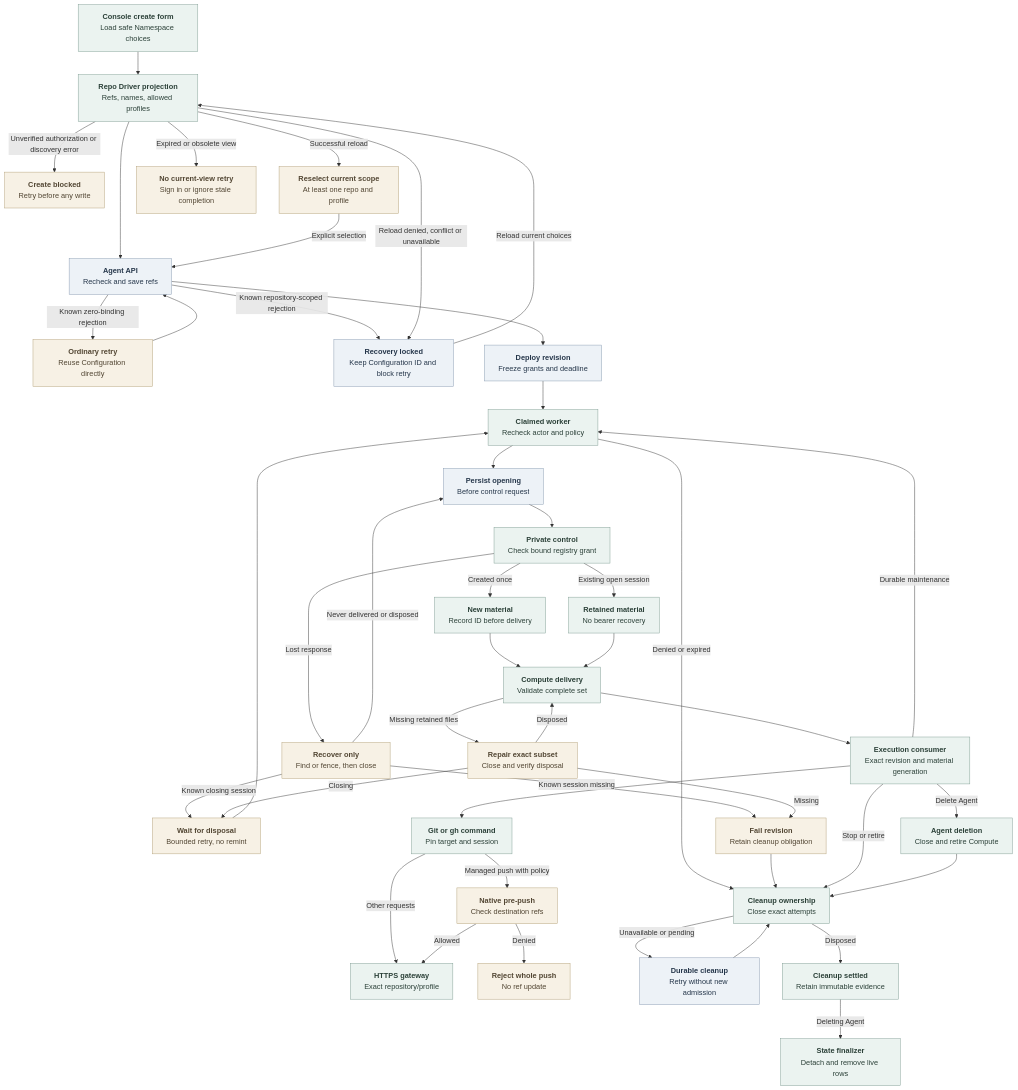
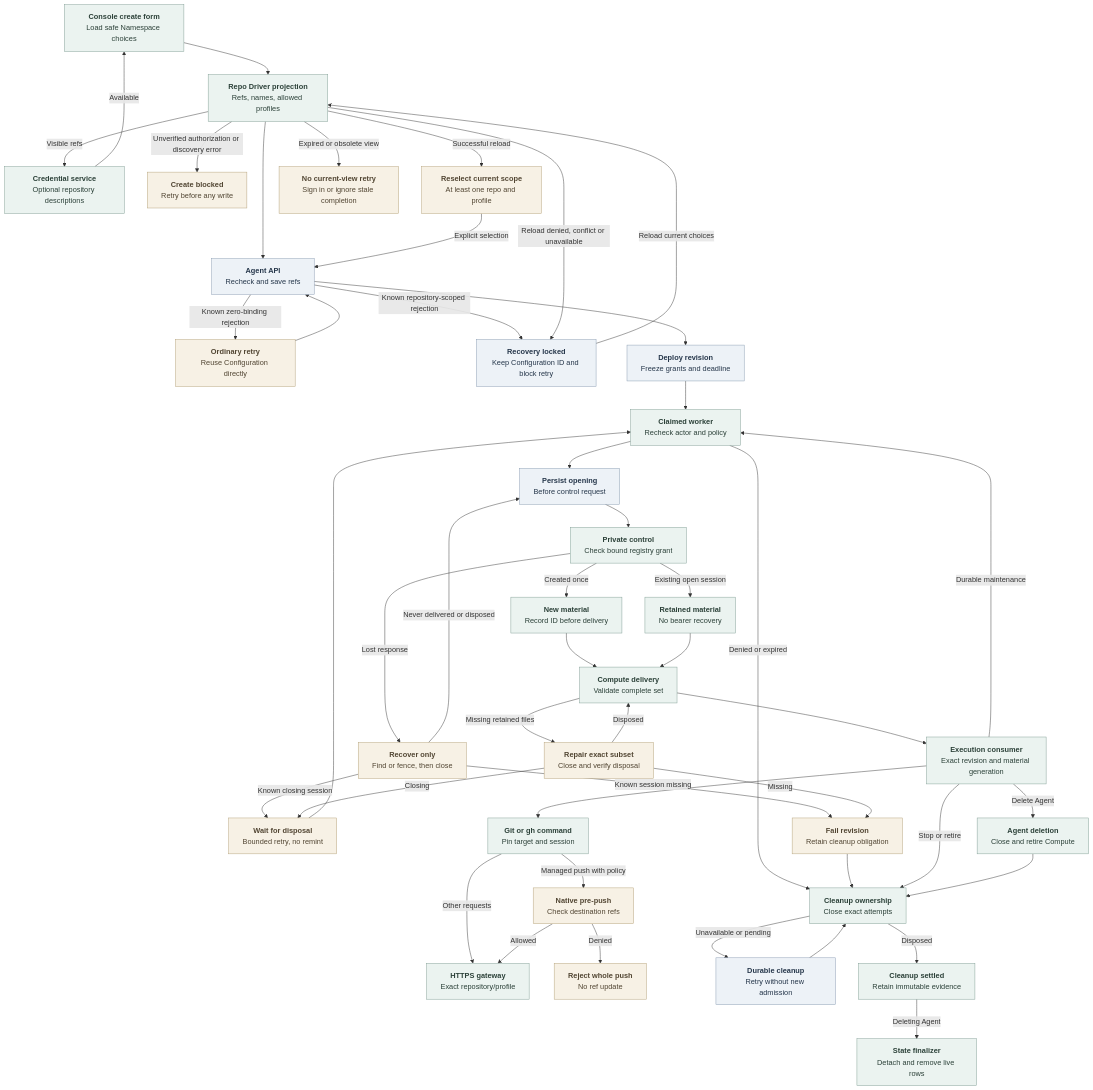
One commit to IsaiahStapleton/openclaw-enterprise changed the diagram in docs/flows/agent-repository-credentials.md. Above: the diagram before and after it, drawn with Mermaid. The commit also changed other lines of this file and 49 other files, not shown here.

````diff
--- a/docs/flows/agent-repository-credentials.md
+++ b/docs/flows/agent-repository-credentials.md
@@ -32,54 +32,56 @@
 ```mermaid
 graph TD
   Console["<b>Console create form</b><br/>Load safe Namespace choices"] --> Options["<b>Repo Driver projection</b><br/>Refs, names, allowed profiles"]
+  Options -->|Visible refs| Metadata["<b>Credential service</b><br/>Optional repository descriptions"]
+  Metadata -->|Available| Console
   Options --> API["<b>Agent API</b><br/>Recheck and save refs"]
   Options -->|Unverified authorization or discovery error| CreateBlocked["<b>Create blocked</b><br/>Retry before any write"]
   API -->|Known zero-binding rejection| OrdinaryRetry["<b>Ordinary retry</b><br/>Reuse Configuration directly"]
   OrdinaryRetry --> API
   API -->|Known repository-scoped rejection| FormLocked["<b>Recovery locked</b><br/>Keep Configuration ID and block retry"]
   FormLocked -->|Reload current choices| Options
   Options -->|Successful reload| Reselect["<b>Reselect current scope</b><br/>At least one repo and profile"]
   Reselect -->|Explicit selection| API
   Options -->|Reload denied, conflict or unavailable| FormLocked
   Options -->|Expired or obsolete view| ViewStop["<b>No current-view retry</b><br/>Sign in or ignore stale completion"]
   API --> Revision["<b>Deploy revision</b><br/>Freeze grants and deadline"]
   Revision --> Worker["<b>Claimed worker</b><br/>Recheck actor and policy"]
   Worker -->|Denied or expired| Close["<b>Cleanup ownership</b><br/>Close exact attempts"]
   Worker --> Attempt["<b>Persist opening</b><br/>Before control request"]
   Attempt --> Service["<b>Private control</b><br/>Check bound registry grant"]
   Service -->|Created once| New["<b>New material</b><br/>Record ID before delivery"]
   Service -->|Existing open session| Retained["<b>Retained material</b><br/>No bearer recovery"]
   Service -->|Lost response| Recover["<b>Recover only</b><br/>Find or fence, then close"]
   Recover -->|Never delivered or disposed| Attempt
   Recover -->|Known closing session| Wait["<b>Wait for disposal</b><br/>Bounded retry, no remint"]
   Wait --> Worker
   Recover -->|Known session missing| Refuse["<b>Fail revision</b><br/>Retain cleanup obligation"]
   New --> Compute["<b>Compute delivery</b><br/>Validate complete set"]
   Retained --> Compute
   Compute -->|Missing retained files| Repair["<b>Repair exact subset</b><br/>Close and verify disposal"]
   Repair -->|Disposed| Compute
   Repair -->|Closing| Wait
   Repair -->|Missing| Refuse
   Refuse --> Close
   Compute --> Pod["<b>Execution consumer</b><br/>Exact revision and material generation"]
   Pod --> Command["<b>Git or gh command</b><br/>Pin target and session"]
   Command -->|Other requests| Gateway["<b>HTTPS gateway</b><br/>Exact repository/profile"]
   Command -->|Managed push with policy| PushRefs["<b>Native pre-push</b><br/>Check destination refs"]
   PushRefs -->|Allowed| Gateway
   PushRefs -->|Denied| PushDenied["<b>Reject whole push</b><br/>No ref update"]
   Pod -->|Durable maintenance| Worker
   Pod -->|Stop or retire| Close
   Close -->|Unavailable or pending| Queue["<b>Durable cleanup</b><br/>Retry without new admission"]
   Queue --> Close
   Close -->|Disposed| Done["<b>Cleanup settled</b><br/>Retain immutable evidence"]
   Pod -->|Delete Agent| Delete["<b>Agent deletion</b><br/>Close and retire Compute"]
   Delete --> Close
   Done -->|Deleting Agent| Finalize["<b>State finalizer</b><br/>Detach and remove live rows"]
 
   classDef state fill:#EDF2F7,stroke:#879AB0,color:#25364A,stroke-width:1px
   classDef operation fill:#EBF3F0,stroke:#7F9D93,color:#2B4038,stroke-width:1px
   classDef condition fill:#F7F1E5,stroke:#B3A078,color:#514532,stroke-width:1px
   class API,Revision,Attempt,Queue,FormLocked state
-  class Console,Options,Worker,Service,New,Retained,Compute,Pod,Command,Gateway,Close,Done,Delete,Finalize operation
+  class Console,Options,Metadata,Worker,Service,New,Retained,Compute,Pod,Command,Gateway,Close,Done,Delete,Finalize operation
   class Recover,Repair,Refuse,Wait,ViewStop,CreateBlocked,OrdinaryRetry,Reselect,PushRefs,PushDenied condition
 ```
````
